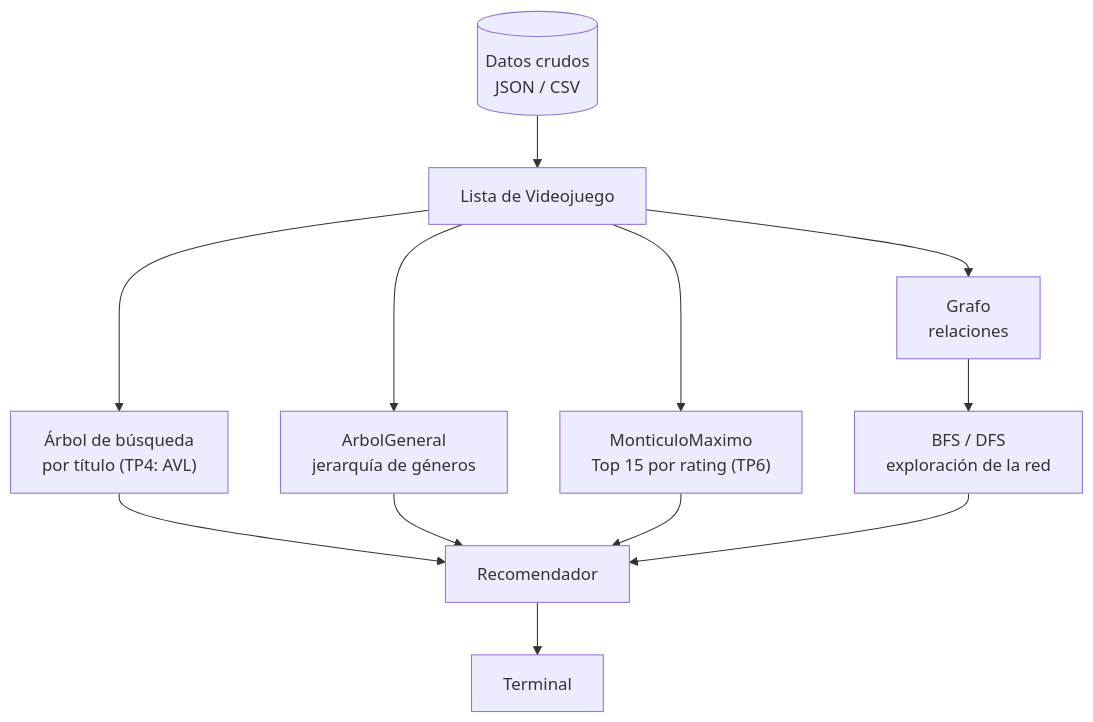
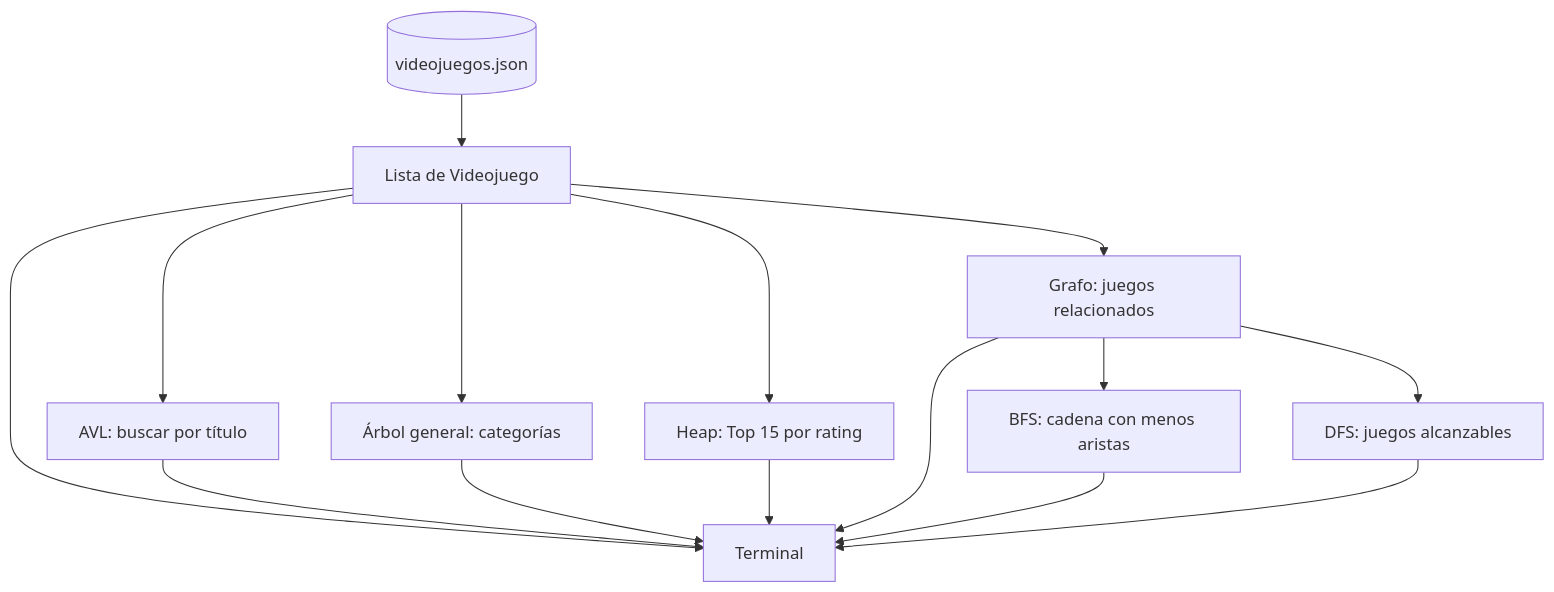
The diagram in docs/04_diagrama_datos.md (Dasein369/tpi_edd2026_recomendador), drawn with Mermaid before and after one commit. The commit also changed other lines of this file and 6 other files, not shown here.

````diff
--- a/docs/04_diagrama_datos.md
+++ b/docs/04_diagrama_datos.md
@@ -67,14 +9,17 @@
 ```mermaid
 flowchart TD
-    A[("Datos crudos<br/>JSON / CSV")] --> B["Lista de Videojuego"]
-    B --> C["Árbol de búsqueda<br/>por título (TP4: AVL)"]
-    B --> D["ArbolGeneral<br/>jerarquía de géneros"]
-    B --> E["MonticuloMaximo<br/>Top 15 por rating (TP6)"]
-    B --> F["Grafo<br/>relaciones"]
-    F --> G["BFS / DFS<br/>exploración de la red"]
-    C --> H["Recomendador"]
-    D --> H
-    E --> H
-    G --> H
-    H --> I["Terminal"]
+    A[(videojuegos.json)] --> B[Lista de Videojuego]
+    B --> C[AVL: buscar por título]
+    B --> D[Árbol general: categorías]
+    B --> E[Heap: Top 15 por rating]
+    B --> F[Grafo: juegos relacionados]
+    F --> G[BFS: cadena con menos aristas]
+    F --> H[DFS: juegos alcanzables]
+    B --> I[Terminal]
+    C --> I
+    D --> I
+    E --> I
+    F --> I
+    G --> I
+    H --> I
 ```
````
